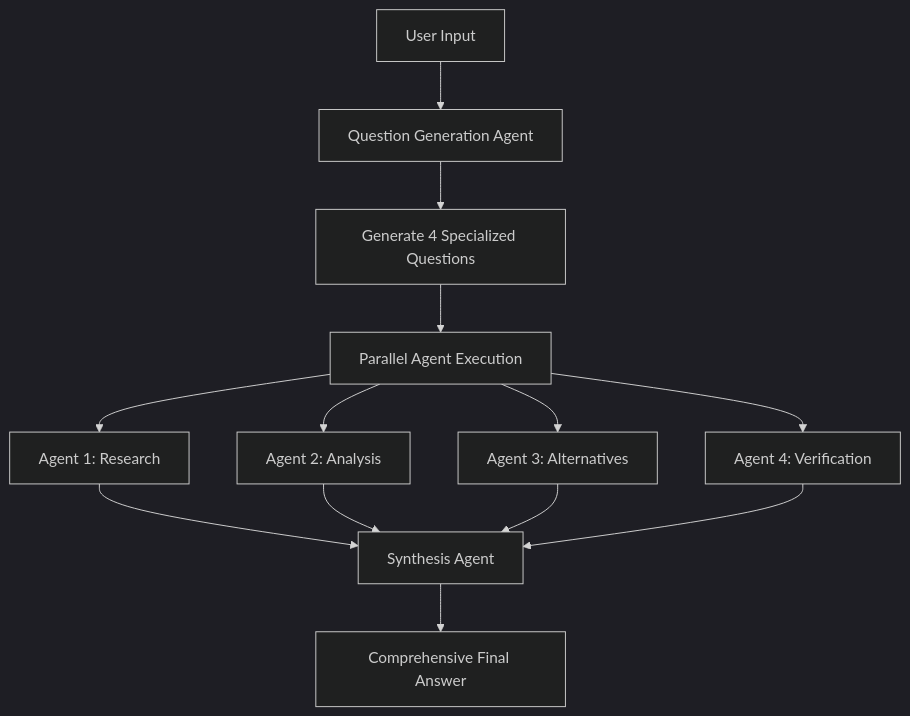
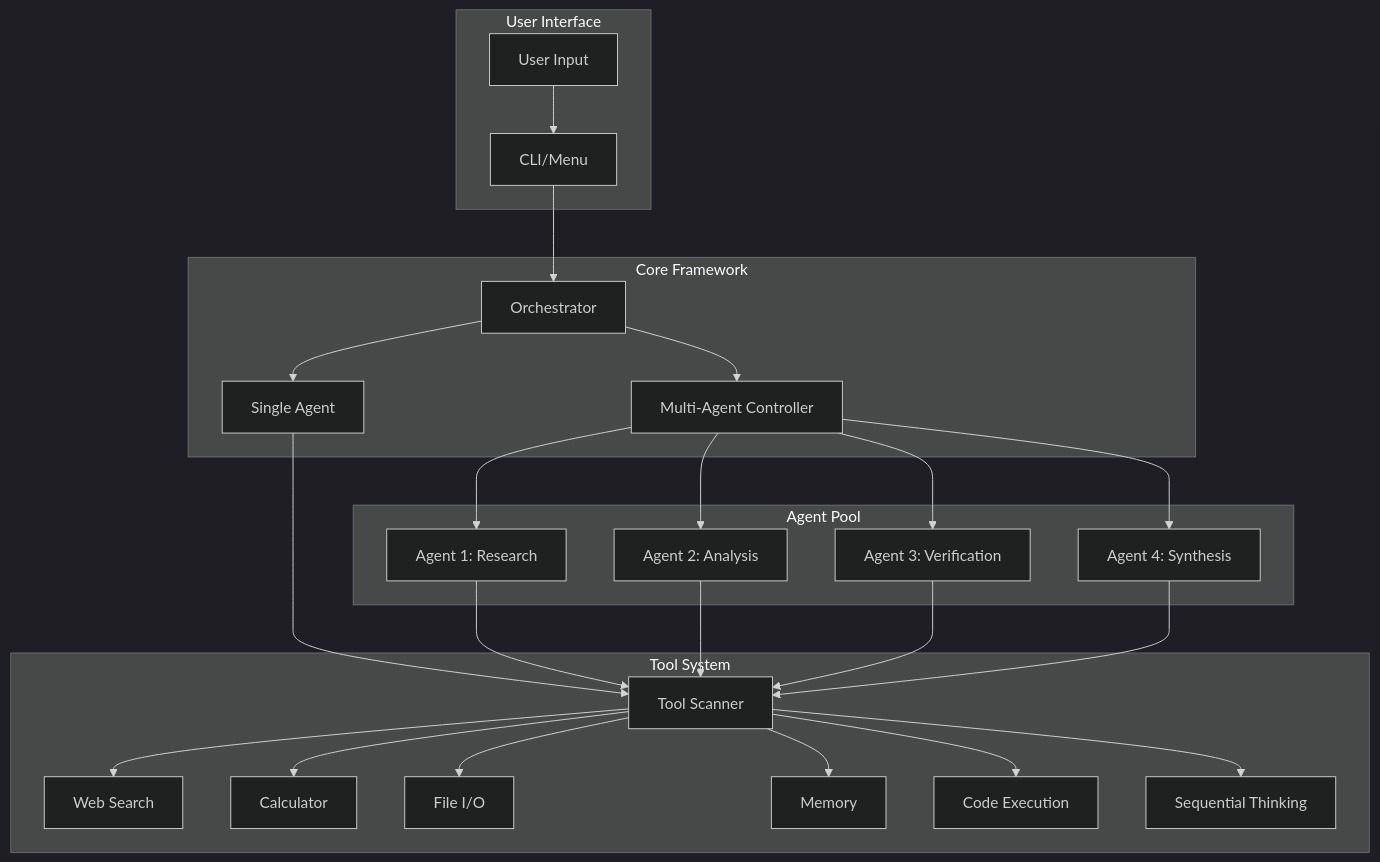
One commit to suparious/chat-with-tools changed the diagram in README.md. Above: the diagram before and after it, drawn with Mermaid (dark theme). The commit also changed other lines of this file and 8 other files, not shown here.

````diff
--- a/README.md
+++ b/README.md
@@ -100,15 +147,39 @@
 ```mermaid
-graph TD
-    A[User Input] --> B[Question Generation Agent]
-    B --> C[Generate 4 Specialized Questions]
-    C --> D[Parallel Agent Execution]
-    D --> E[Agent 1: Research]
-    D --> F[Agent 2: Analysis] 
-    D --> G[Agent 3: Alternatives]
-    D --> H[Agent 4: Verification]
-    E --> I[Synthesis Agent]
-    F --> I
-    G --> I
-    H --> I
-    I --> J[Comprehensive Final Answer]
+graph TB
+    subgraph User Interface
+        UI[User Input]
+        CLI[CLI/Menu]
+    end
+    
+    subgraph Core Framework
+        ORC[Orchestrator]
+        SA[Single Agent]
+        MA[Multi-Agent Controller]
+    end
+    
+    subgraph Agent Pool
+        A1[Agent 1: Research]
+        A2[Agent 2: Analysis]
+        A3[Agent 3: Verification]
+        A4[Agent 4: Synthesis]
+    end
+    
+    subgraph Tool System
+        TS[Tool Scanner]
+        T1[Web Search]
+        T2[Calculator]
+        T3[File I/O]
+        T4[Memory]
+        T5[Code Execution]
+        T6[Sequential Thinking]
+    end
+    
+    UI --> CLI
+    CLI --> ORC
+    ORC --> SA
+    ORC --> MA
+    MA --> A1 & A2 & A3 & A4
+    SA --> TS
+    A1 & A2 & A3 & A4 --> TS
+    TS --> T1 & T2 & T3 & T4 & T5 & T6
 ```
````
